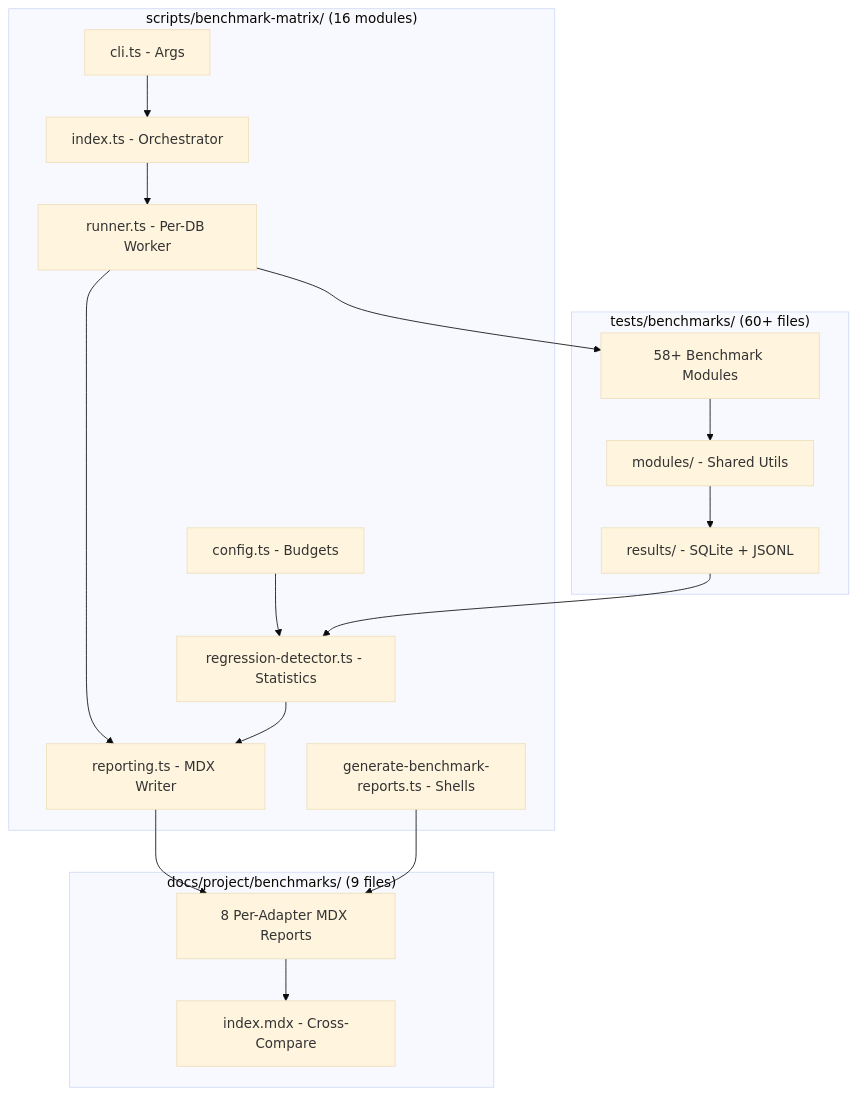
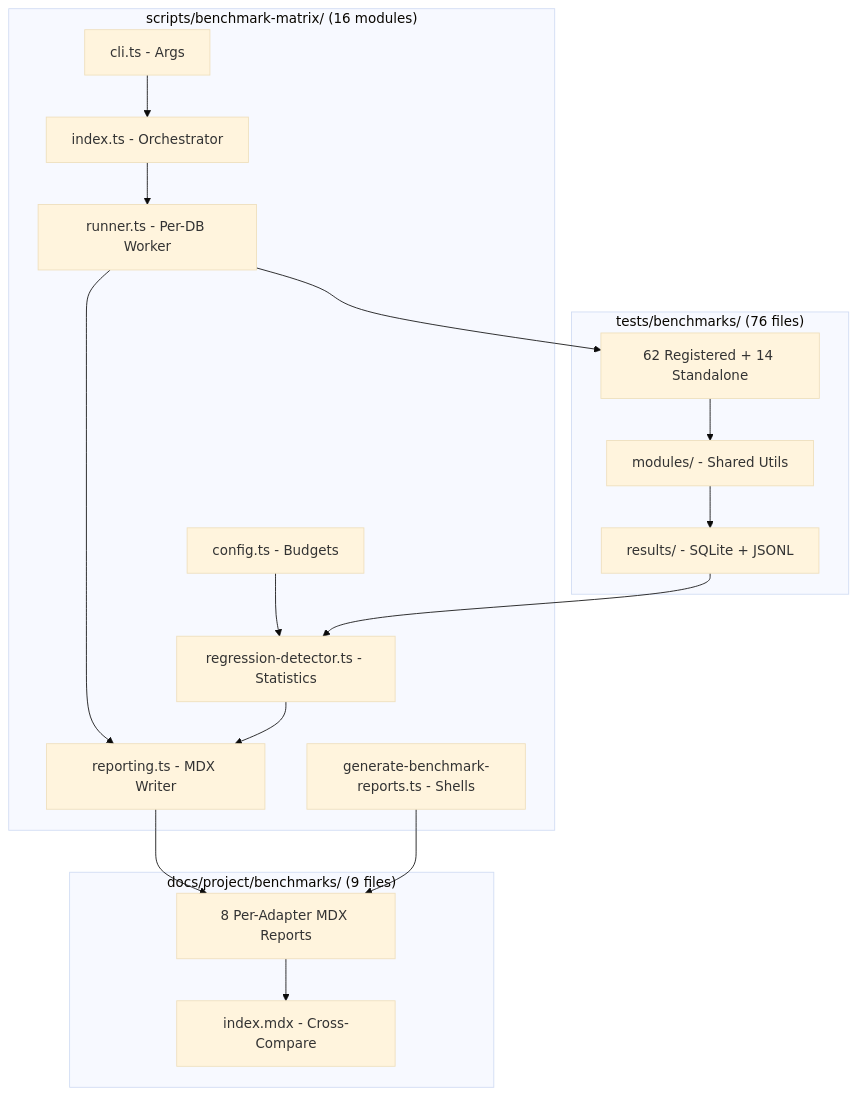
One commit to SveltyCMS/SveltyCMS changed the first of 4 diagrams in docs/tests/benchmark-matrix.mdx. Above: the diagram before and after it, drawn with Mermaid (base theme). The commit also changed other lines of this file and 248 other files, not shown here.

````diff
--- a/docs/tests/benchmark-matrix.mdx
+++ b/docs/tests/benchmark-matrix.mdx
@@ -34,33 +34,33 @@
 ```mermaid
 flowchart TB
     subgraph Orchestration["scripts/benchmark-matrix/ (16 modules)"]
         CLI["cli.ts - Args"]
         Index["index.ts - Orchestrator"]
         Runner["runner.ts - Per-DB Worker"]
         Config["config.ts - Budgets"]
         RegDet["regression-detector.ts - Statistics"]
         ReportWriter["reporting.ts - MDX Writer"]
         Gen["generate-benchmark-reports.ts - Shells"]
     end
-    subgraph Tests["tests/benchmarks/ (60+ files)"]
-        BMs["58+ Benchmark Modules"]
+    subgraph Tests["tests/benchmarks/ (76 files)"]
+        BMs["62 Registered + 14 Standalone"]
         BMMods["modules/ - Shared Utils"]
         Results["results/ - SQLite + JSONL"]
     end
     subgraph Docs["docs/project/benchmarks/ (9 files)"]
         R8["8 Per-Adapter MDX Reports"]
         RIdx["index.mdx - Cross-Compare"]
     end
     CLI --> Index
     Index --> Runner
     Runner --> BMs
     BMs --> BMMods
     BMMods --> Results
     Runner --> ReportWriter
     ReportWriter --> R8
     Gen --> R8
     Config --> RegDet
     Results --> RegDet
     RegDet --> ReportWriter
     R8 --> RIdx
 ```
````
